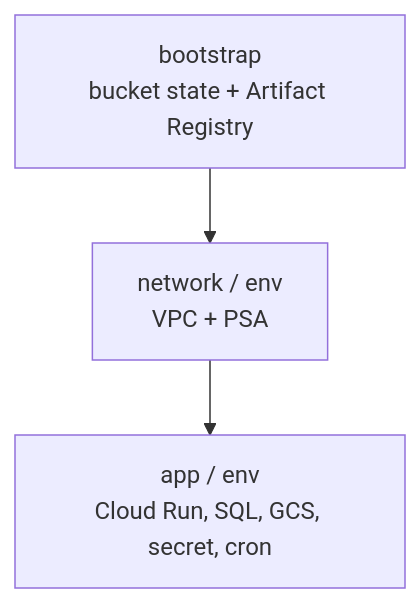
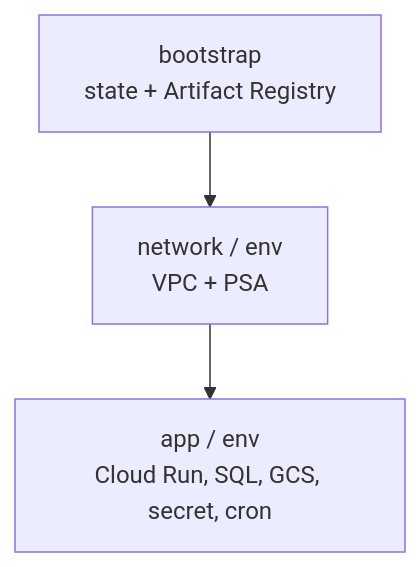
The second of 2 diagrams in docs/infrastructure/gcp/gcp-infra.vi.md (TeckVeho/wiki), drawn with Mermaid before and after one commit. The commit also changed other lines of this file and 1 other file, not shown here.

First line of the commit message:
docs(infra): lead the GCP page with architecture, then the DriveeLink example

````diff
--- a/docs/infrastructure/gcp/gcp-infra.vi.md
+++ b/docs/infrastructure/gcp/gcp-infra.vi.md
@@ -38,5 +56,5 @@
 ```mermaid
 flowchart TD
-  A[bootstrap<br/>bucket state + Artifact Registry] --> N[network / env<br/>VPC + PSA]
-  N --> D[app / env<br/>Cloud Run, SQL, GCS, secret, cron]
+  b[bootstrap<br/>state + Artifact Registry] --> n[network / env<br/>VPC + PSA]
+  n --> a[app / env<br/>Cloud Run, SQL, GCS, secret, cron]
 ```
````
